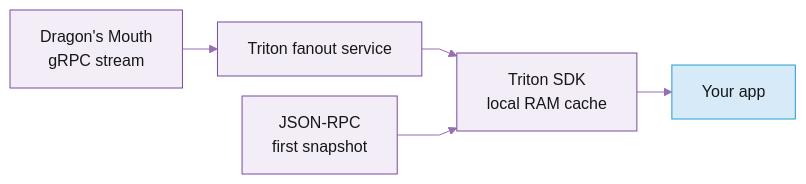
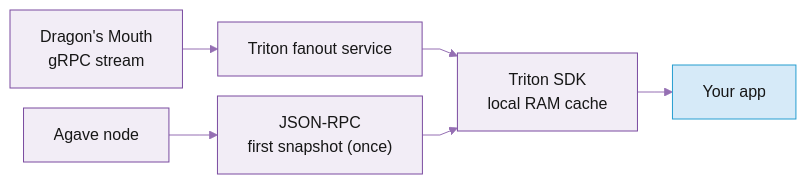
The diagram in documentation/reading-account-state/account-sync.md (praptisharma28/triton-docs-v5), drawn with Mermaid before and after one commit.

Commit message:
Account Sync how-it-works: add Agave node feeding JSON-RPC first snapshot (once)

````diff
--- a/documentation/reading-account-state/account-sync.md
+++ b/documentation/reading-account-state/account-sync.md
@@ -148,9 +148,10 @@
 ```mermaid
 %%{init: {'theme':'base','themeVariables':{'primaryColor':'#F2EDF6','primaryBorderColor':'#7A4BA0','primaryTextColor':'#171717','lineColor':'#956FB3','secondaryColor':'#E4DBEC','tertiaryColor':'#D7C9E3','edgeLabelBackground':'#F2EDF6'},'flowchart':{'nodeSpacing':20,'rankSpacing':35,'curve':'linear'}}}%%
 flowchart LR
     dm["Dragon's Mouth<br/>gRPC stream"] --> fan["Triton fanout service"]
     fan --> cache["Triton SDK<br/>local RAM cache"]
-    rpc["JSON-RPC<br/>first snapshot"] --> cache
+    agave["Agave node"] --> rpc["JSON-RPC<br/>first snapshot (once)"]
+    rpc --> cache
     cache --> you["Your app"]
     style you fill:#D6EAF8,stroke:#259DD0
 ```
````
